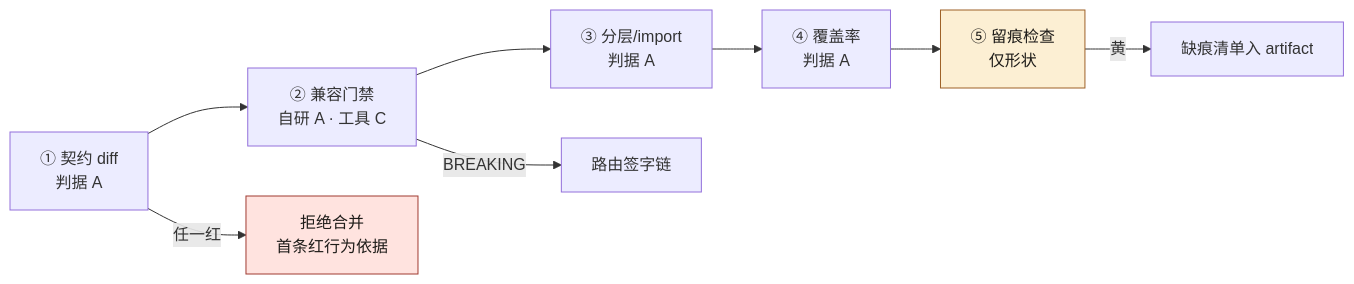
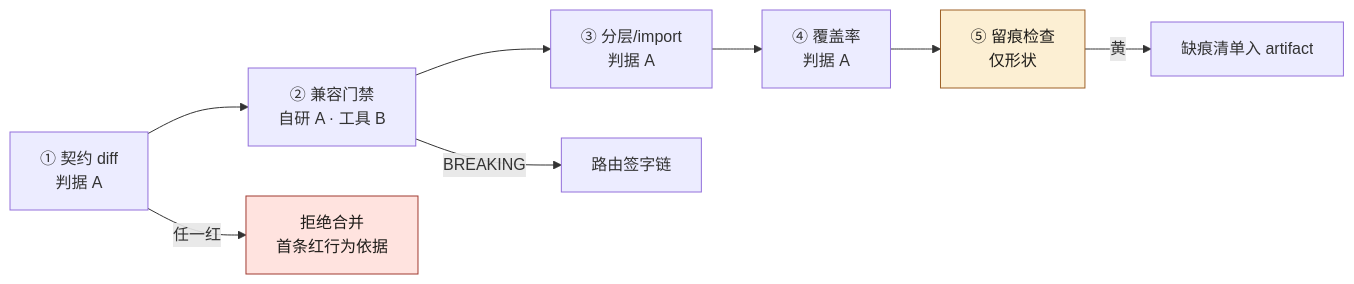
Before and after one commit to funny8kids/AI_Native_Software_Engineering: the fifth of 5 diagrams in docs/manuscript/ch09-第4章-AI原生工程栈.md, drawn with Mermaid. The commit also changed other lines of this file and 10 other files, not shown here.

````diff
--- a/docs/manuscript/ch09-第4章-AI原生工程栈.md
+++ b/docs/manuscript/ch09-第4章-AI原生工程栈.md
@@ -346,12 +347,12 @@
 ```mermaid
 flowchart LR
-  S1["① 契约 diff<br/>判据 A"] --> S2["② 兼容门禁<br/>自研 A · 工具 C"]
+  S1["① 契约 diff<br/>判据 A"] --> S2["② 兼容门禁<br/>自研 A · 工具 B"]
   S2 --> S3["③ 分层/import<br/>判据 A"]
   S3 --> S4["④ 覆盖率<br/>判据 A"]
   S4 --> S5["⑤ 留痕检查<br/>仅形状"]
   S1 -->|任一红| R1[拒绝合并<br/>首条红行为依据]
   S2 -->|BREAKING| SIG[路由签字链]
   S5 -->|黄| L1[缺痕清单入 artifact]
   style S5 fill:#fcefd3,stroke:#9d6127,color:#1e1c19
   style R1 fill:#ffe3df,stroke:#a03b31,color:#1e1c19
 ```
````
